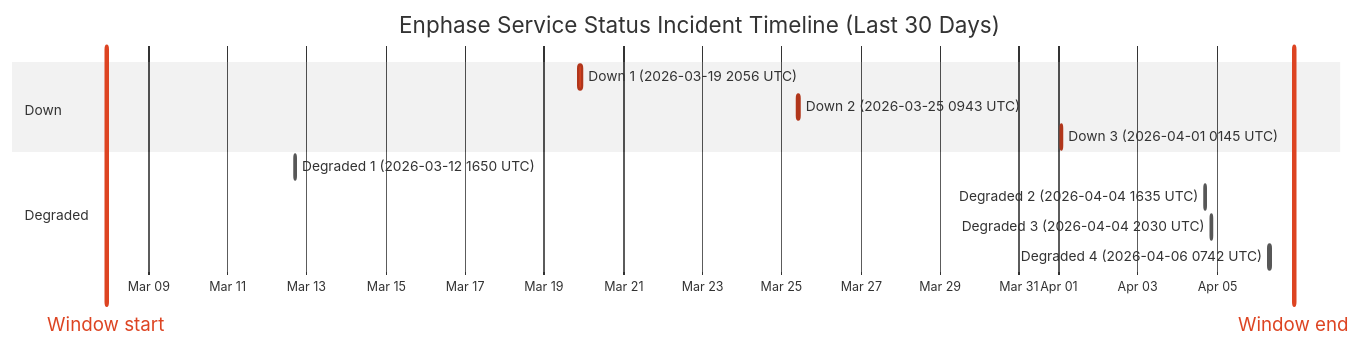
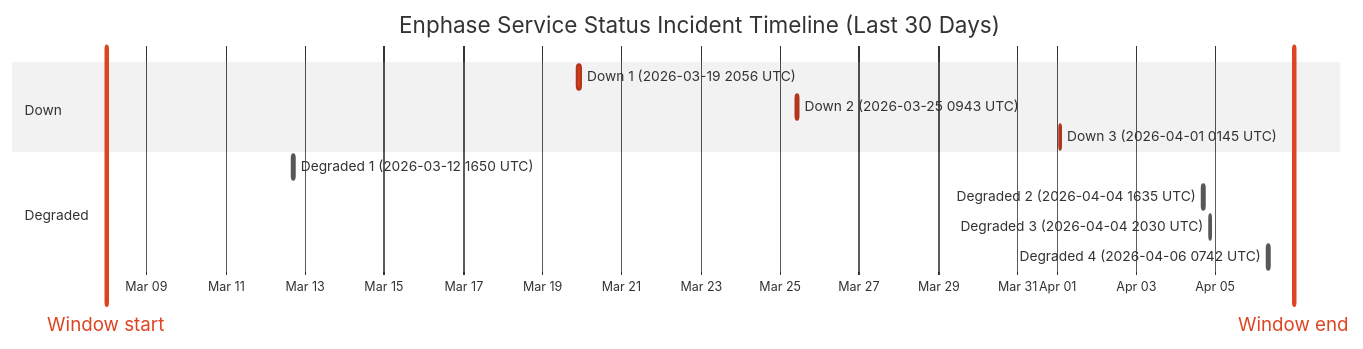
Before and after one commit to barneyonline/ha-enphase-ev-charger: the diagram in wiki/Service-Status-History.md, drawn with Mermaid (neutral theme). The commit also changed other lines of this file and 3 other files, not shown here.

````diff
--- a/wiki/Service-Status-History.md
+++ b/wiki/Service-Status-History.md
@@ -14,17 +14,17 @@
 ```mermaid
 gantt
     title Enphase Service Status Incident Timeline (Last 30 Days)
     dateFormat  YYYY-MM-DDTHH:mm:ss
     axisFormat  %b %d
-    Window start :vert, window-start, 2026-03-07T22:35:50, 0ms
-    Window end :vert, window-end, 2026-04-06T22:35:50, 0ms
+    Window start :vert, window-start, 2026-03-07T23:35:10, 0ms
+    Window end :vert, window-end, 2026-04-06T23:35:10, 0ms
     section Down
     Down 1 (2026-03-19 2056 UTC) :crit, down-1, 2026-03-19T20:56:20, 145m
     Down 2 (2026-03-25 0943 UTC) :crit, down-2, 2026-03-25T09:43:28, 111m
     Down 3 (2026-04-01 0145 UTC) :crit, down-3, 2026-04-01T01:45:09, 60m
     section Degraded
     Degraded 1 (2026-03-12 1650 UTC) :active, degraded-1, 2026-03-12T16:50:43, 60m
     Degraded 2 (2026-04-04 1635 UTC) :active, degraded-2, 2026-04-04T16:35:17, 60m
     Degraded 3 (2026-04-04 2030 UTC) :active, degraded-3, 2026-04-04T20:30:40, 60m
     Degraded 4 (2026-04-06 0742 UTC) :active, degraded-4, 2026-04-06T07:42:09, 85m
 ```
````
